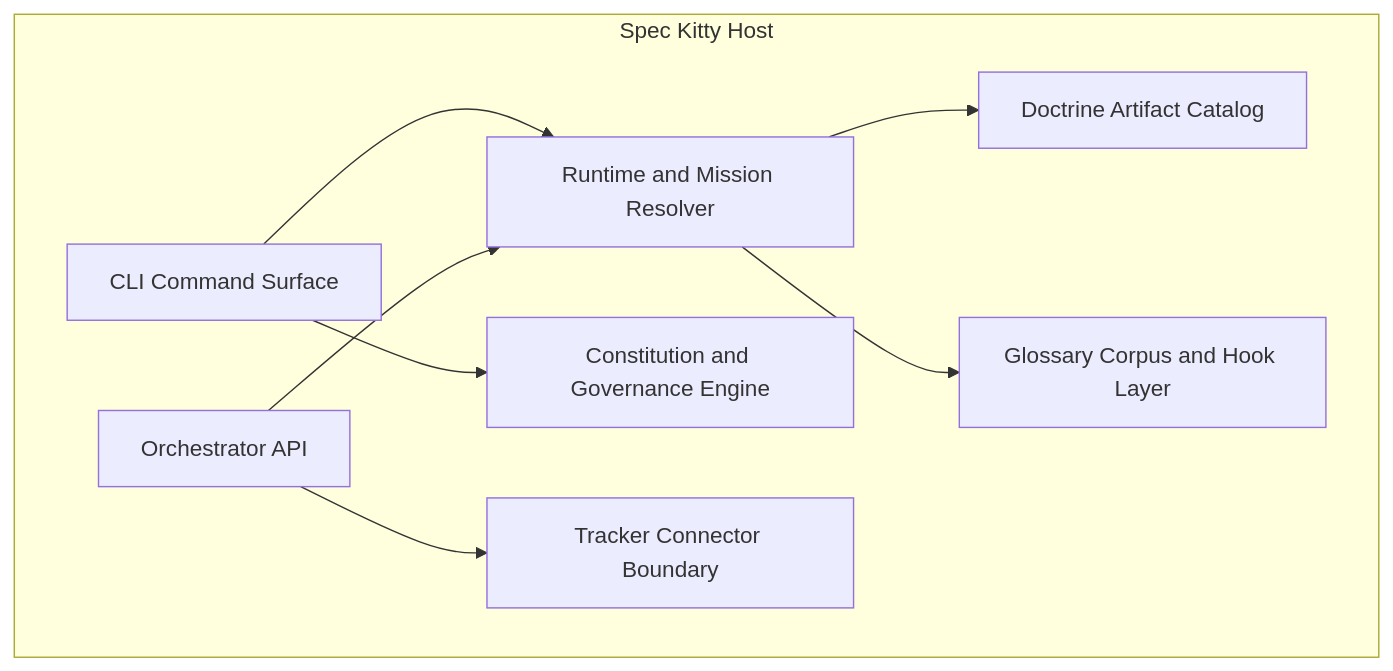
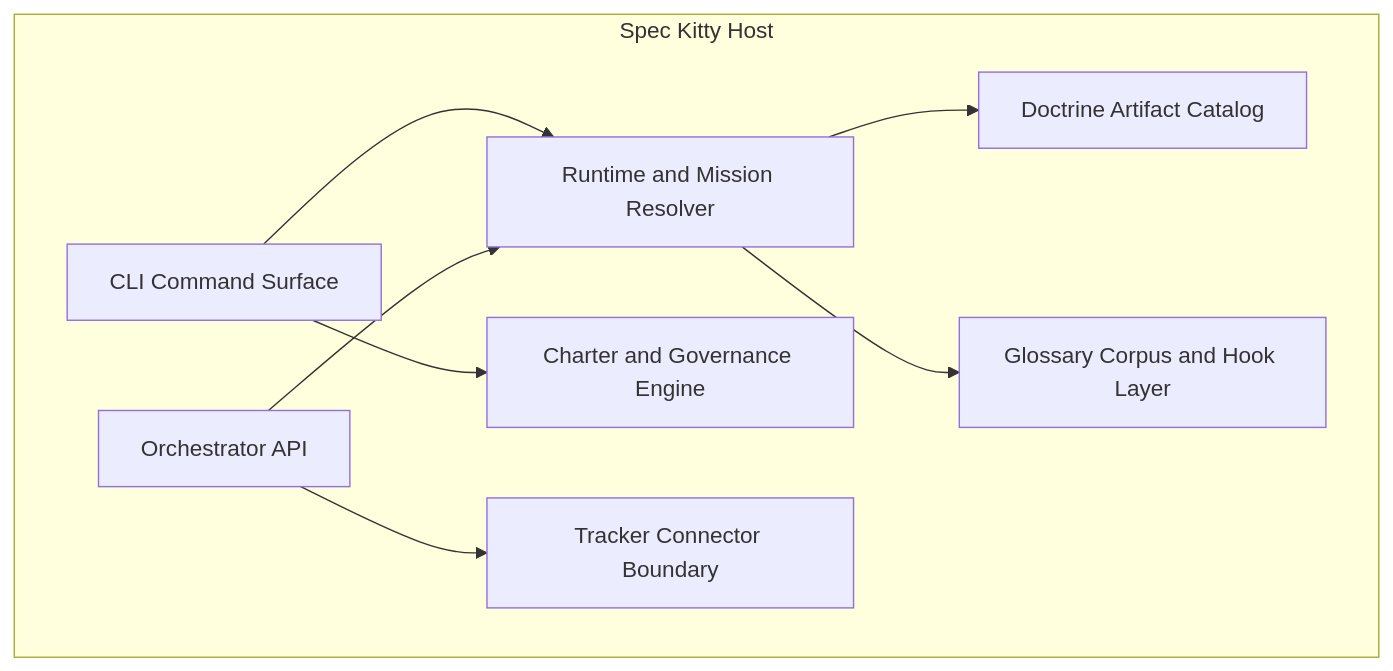
One commit to Priivacy-ai/spec-kitty changed the diagram in src/doctrine/templates/architecture/c4-container-mermaid-template.md. Above: the diagram before and after it, drawn with Mermaid. The commit also changed other lines of this file and 53 other files, not shown here.

First line of the commit message:
feat(WP04): rename doctrine, skills, templates, and mission artifacts from constitution to charter

````diff
--- a/src/doctrine/templates/architecture/c4-container-mermaid-template.md
+++ b/src/doctrine/templates/architecture/c4-container-mermaid-template.md
@@ -16,19 +16,19 @@
 ```mermaid
 flowchart TB
     subgraph Host["Spec Kitty Host"]
       cli[CLI Command Surface]
       runtime[Runtime and Mission Resolver]
-      governance[Constitution and Governance Engine]
+      governance[Charter and Governance Engine]
       doctrine[Doctrine Artifact Catalog]
       glossary[Glossary Corpus and Hook Layer]
       api[Orchestrator API]
       tracker[Tracker Connector Boundary]
     end
 
     cli --> runtime
     cli --> governance
     runtime --> doctrine
     runtime --> glossary
     api --> runtime
     api --> tracker
 ```
````
